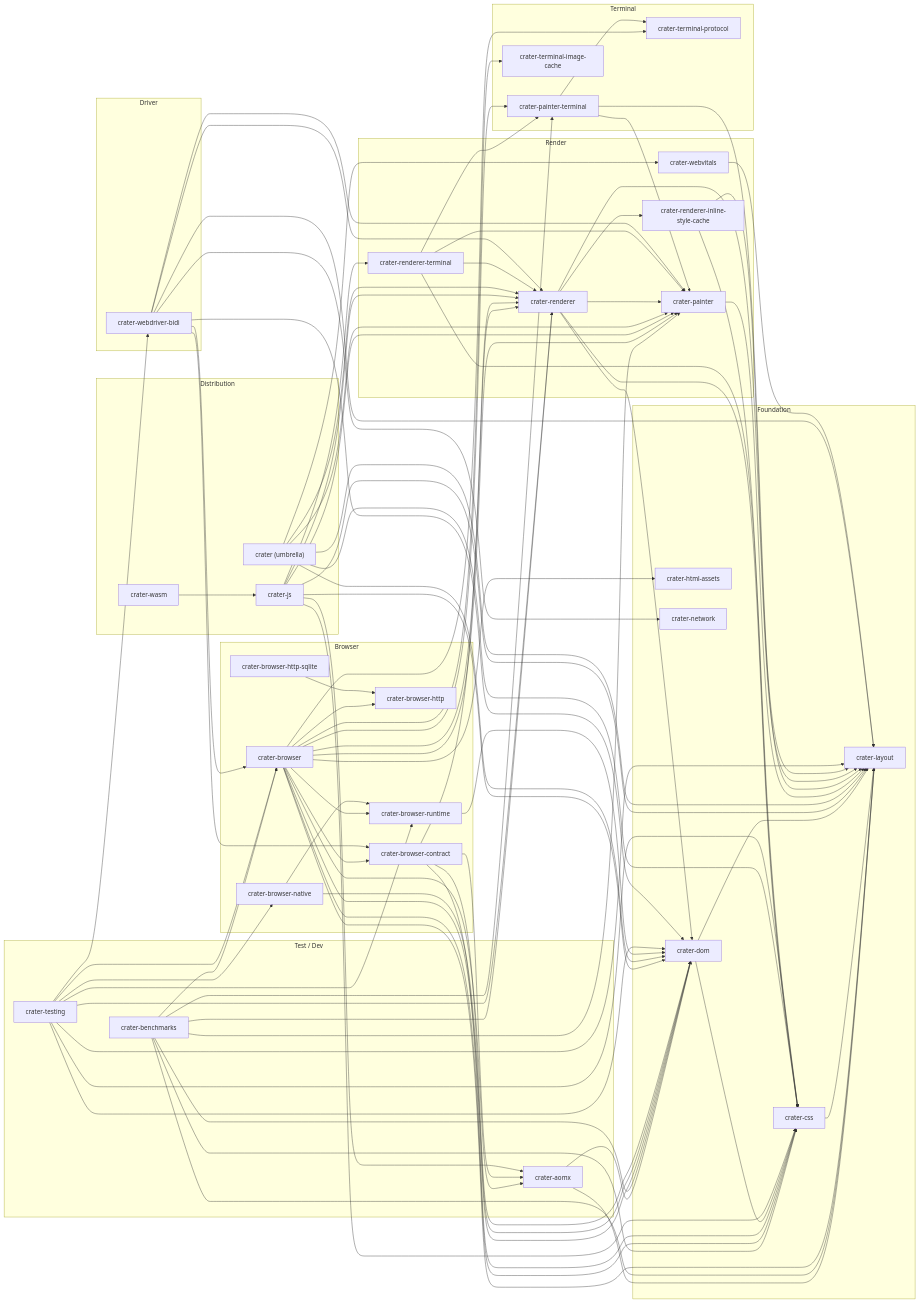
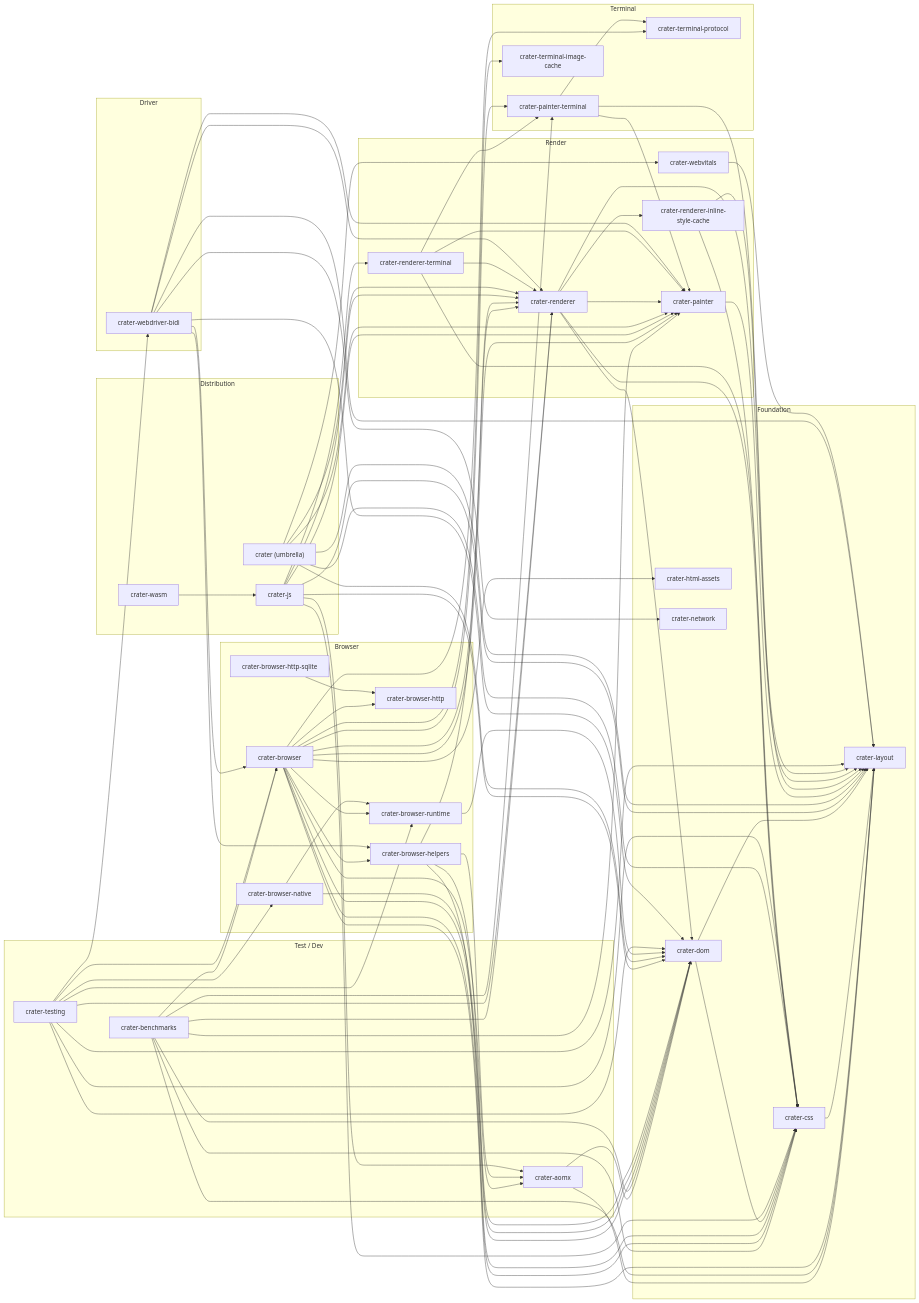
One commit to mizchi/crater changed the diagram in docs/module-graph.md. Above: the diagram before and after it, drawn with Mermaid. The commit also changed other lines of this file and 24 other files, not shown here.

First line of the commit message:
Rename top-level `contract` module to `browser_helpers`

````diff
--- a/docs/module-graph.md
+++ b/docs/module-graph.md
@@ -30,7 +30,7 @@
   subgraph Browser["Browser"]
     mizchi_crater_browser["crater-browser"]
     mizchi_crater_browser_native["crater-browser-native"]
-    mizchi_crater_browser_contract["crater-browser-contract"]
+    mizchi_crater_browser_helpers["crater-browser-helpers"]
     mizchi_crater_browser_http["crater-browser-http"]
     mizchi_crater_browser_http_sqlite["crater-browser-http-sqlite"]
     mizchi_crater_browser_runtime["crater-browser-runtime"]
@@ -65,7 +65,7 @@
   mizchi_crater_browser --> mizchi_crater_painter
   mizchi_crater_browser --> mizchi_crater_renderer
   mizchi_crater_browser --> mizchi_crater_browser_runtime
-  mizchi_crater_browser --> mizchi_crater_browser_contract
+  mizchi_crater_browser --> mizchi_crater_browser_helpers
   mizchi_crater_browser --> mizchi_crater_browser_http
   mizchi_crater_browser --> mizchi_crater_html_assets
   mizchi_crater_browser --> mizchi_crater_painter_terminal
@@ -73,10 +73,10 @@
   mizchi_crater_browser --> mizchi_crater_terminal_protocol
   mizchi_crater_browser_native --> mizchi_crater_browser_runtime
   mizchi_crater_browser_native --> mizchi_crater_dom
-  mizchi_crater_browser_contract --> mizchi_crater_renderer
-  mizchi_crater_browser_contract --> mizchi_crater_css
-  mizchi_crater_browser_contract --> mizchi_crater_dom
-  mizchi_crater_browser_contract --> mizchi_crater_aomx
+  mizchi_crater_browser_helpers --> mizchi_crater_renderer
+  mizchi_crater_browser_helpers --> mizchi_crater_css
+  mizchi_crater_browser_helpers --> mizchi_crater_dom
+  mizchi_crater_browser_helpers --> mizchi_crater_aomx
   mizchi_crater_css --> mizchi_crater_layout
   mizchi_crater_dom --> mizchi_crater_css
   mizchi_crater_dom --> mizchi_crater_layout
@@ -125,6 +125,6 @@
   mizchi_crater_webdriver_bidi --> mizchi_crater_painter
   mizchi_crater_webdriver_bidi --> mizchi_crater_renderer
   mizchi_crater_webdriver_bidi --> mizchi_crater_browser
-  mizchi_crater_webdriver_bidi --> mizchi_crater_browser_contract
+  mizchi_crater_webdriver_bidi --> mizchi_crater_browser_helpers
   mizchi_crater_webvitals --> mizchi_crater_layout
 ```
````
